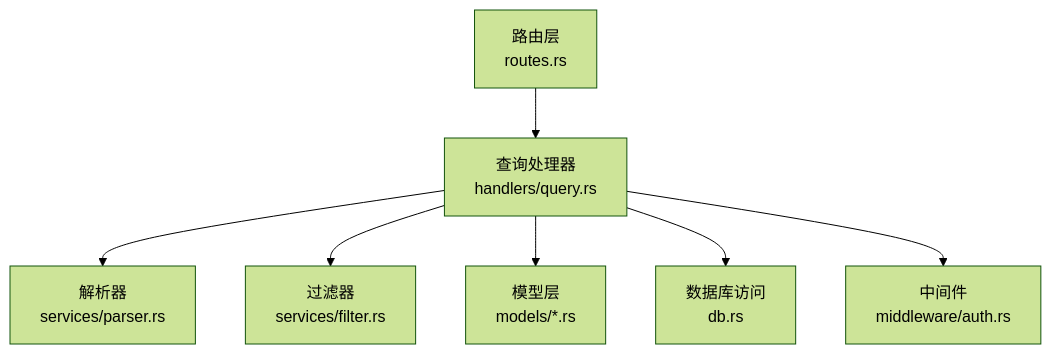
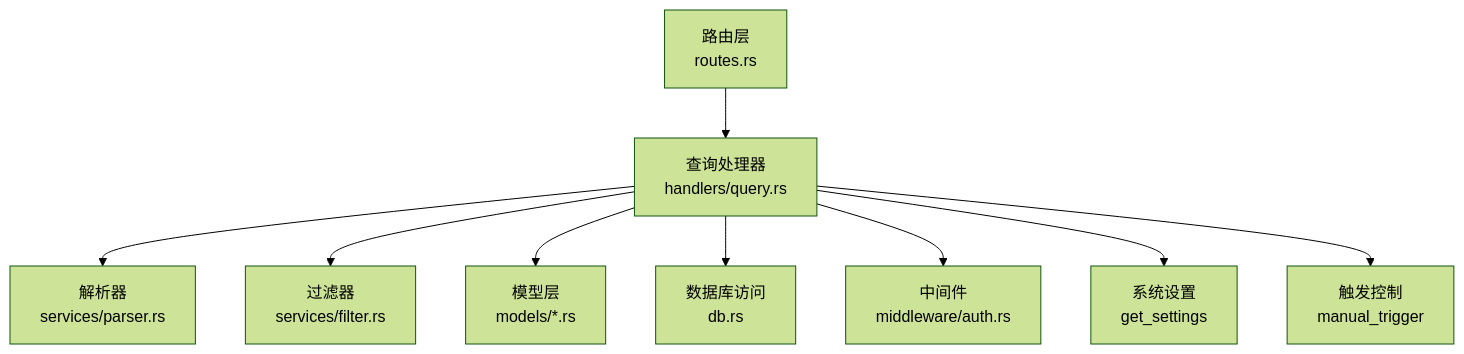
Before and after one commit to leimu-hue/AI-Trend-Tool: the first of 4 diagrams in .qoder/repowiki/zh/content/API接口文档/查询与搜索API.md, drawn with Mermaid (forest theme). The commit also changed other lines of this file and 5 other files, not shown here.

````diff
--- a/.qoder/repowiki/zh/content/API接口文档/查询与搜索API.md
+++ b/.qoder/repowiki/zh/content/API接口文档/查询与搜索API.md
@@ -43,9 +54,11 @@
 ```mermaid
 graph TB
 Routes["路由层<br/>routes.rs"] --> Handler["查询处理器<br/>handlers/query.rs"]
 Handler --> Parser["解析器<br/>services/parser.rs"]
 Handler --> Filter["过滤器<br/>services/filter.rs"]
 Handler --> Models["模型层<br/>models/*.rs"]
 Handler --> DB["数据库访问<br/>db.rs"]
 Handler --> Middleware["中间件<br/>middleware/auth.rs"]
+Handler --> Settings["系统设置<br/>get_settings"]
+Handler --> Trigger["触发控制<br/>manual_trigger"]
 ```
````
